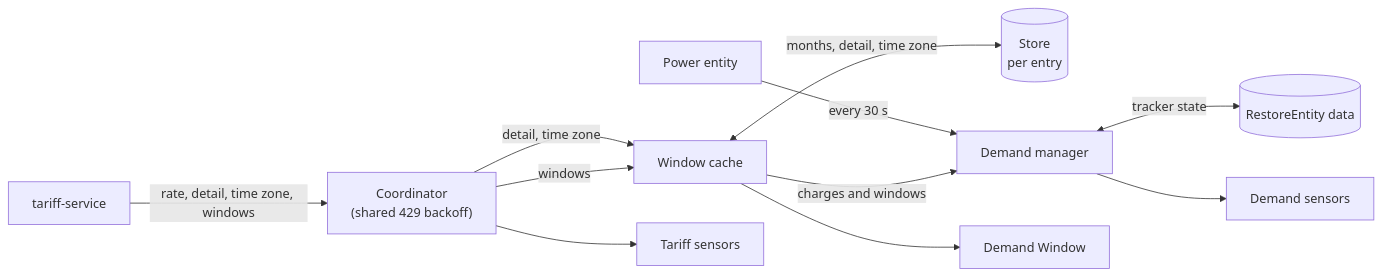
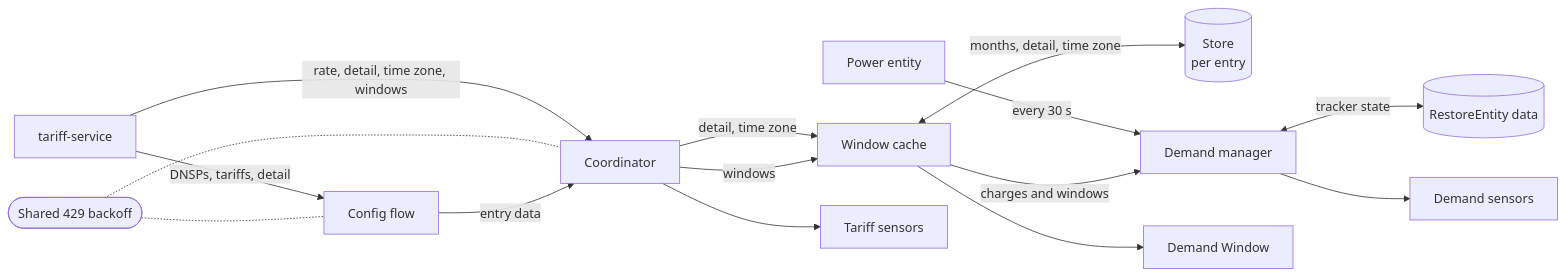
Before and after one commit to Open-Energy-Collective/ha-tariff-au: the first of 4 diagrams in docs/design/oec_tariff_au/oec_tariff_au.md, drawn with Mermaid. The commit also changed other lines of this file, not shown here.

Commit message:
docs: design view draws the config flow and the shared backoff, and every notify path

````diff
--- a/docs/design/oec_tariff_au/oec_tariff_au.md
+++ b/docs/design/oec_tariff_au/oec_tariff_au.md
@@ -15,13 +15,17 @@
 ```mermaid
 flowchart LR
-  TS["tariff-service"] -->|rate, detail, time zone, windows| CO["Coordinator<br/>(shared 429 backoff)"]
+  TS["tariff-service"] -->|rate, detail, time zone, windows| CO["Coordinator"]
+  TS -->|DNSPs, tariffs, detail| CF["Config flow"]
+  BO(["Shared 429 backoff"]) -.- CO
+  BO -.- CF
+  CF -->|entry data| CO
   CO -->|detail, time zone| WC["Window cache"]
   CO -->|windows| WC
   WC <-->|months, detail, time zone| ST[("Store<br/>per entry")]
   PE["Power entity"] -->|every 30 s| DM["Demand manager"]
   WC -->|charges and windows| DM
   DM <-->|tracker state| RS[("RestoreEntity data")]
   CO --> TSN["Tariff sensors"]
   WC --> DW["Demand Window"]
   DM --> DS["Demand sensors"]
 ```
````
